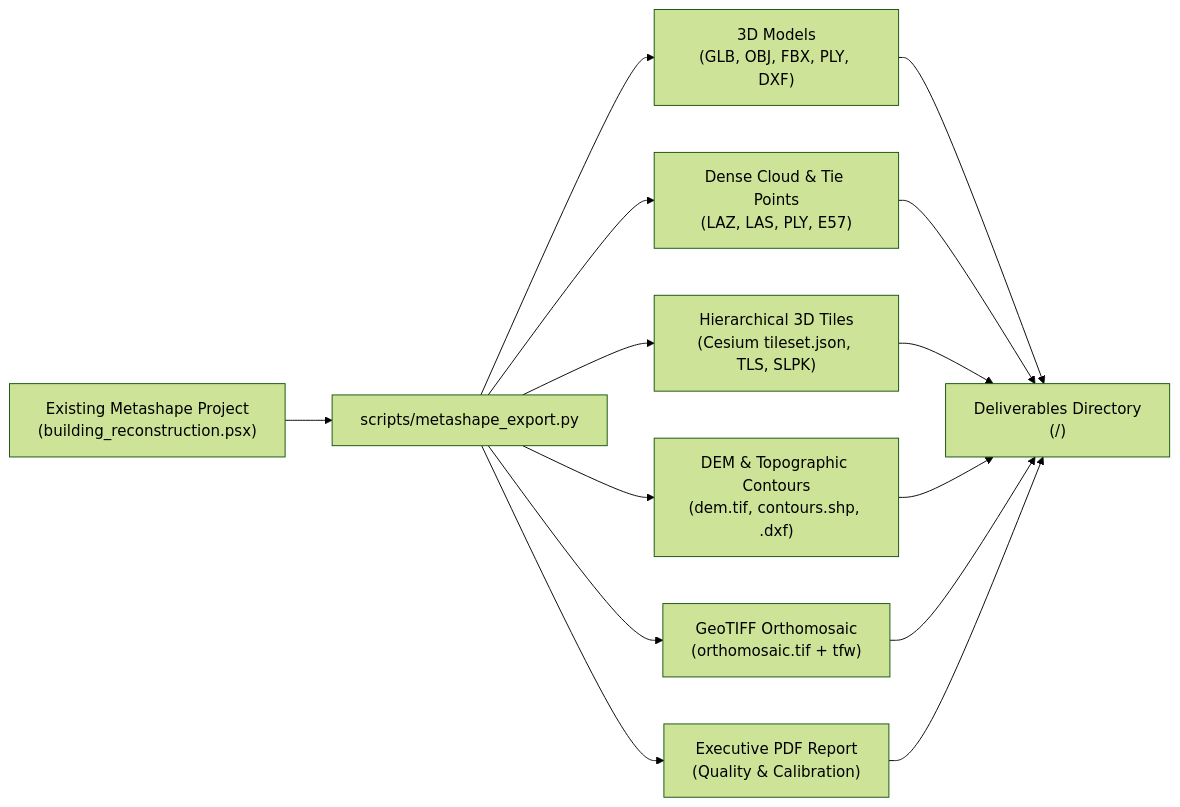
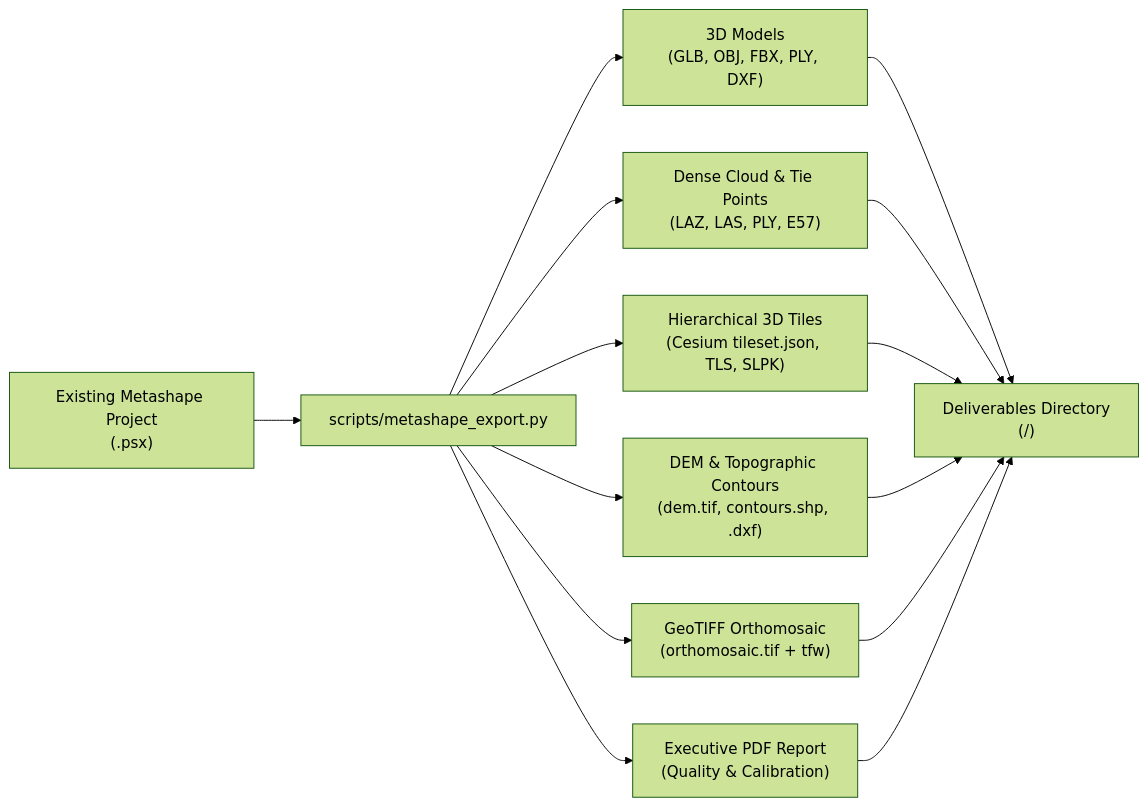
Before and after one commit to ngviettam82/AutoMetashape: the diagram in skills/user/photogrammetry-export/SKILL.md, drawn with Mermaid (forest theme). The commit also changed other lines of this file and 20 other files, not shown here.

````diff
--- a/skills/user/photogrammetry-export/SKILL.md
+++ b/skills/user/photogrammetry-export/SKILL.md
@@ -37,16 +37,16 @@
 ```mermaid
 flowchart LR
-    A["Existing Metashape Project<br/>(building_reconstruction.psx)"] --> B["scripts/metashape_export.py"]
+    A["Existing Metashape Project<br/>(<project_name>.psx)"] --> B["scripts/metashape_export.py"]
     B --> C["3D Models<br/>(GLB, OBJ, FBX, PLY, DXF)"]
     B --> D["Dense Cloud & Tie Points<br/>(LAZ, LAS, PLY, E57)"]
     B --> E["Hierarchical 3D Tiles<br/>(Cesium tileset.json, TLS, SLPK)"]
     B --> F["DEM & Topographic Contours<br/>(dem.tif, contours.shp, .dxf)"]
     B --> G["GeoTIFF Orthomosaic<br/>(orthomosaic.tif + tfw)"]
     B --> H["Executive PDF Report<br/>(Quality & Calibration)"]
     C --> I["Deliverables Directory<br/>(<output_dir>/)"]
     D --> I
     E --> I
     F --> I
     G --> I
     H --> I
 ```
````
